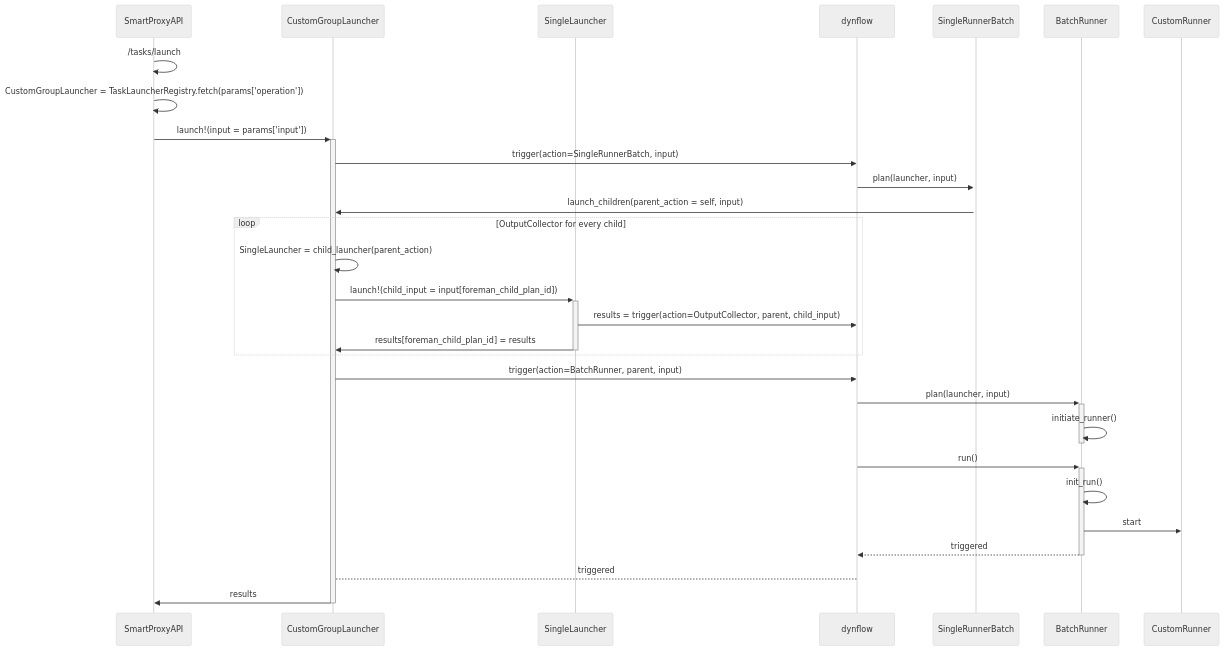
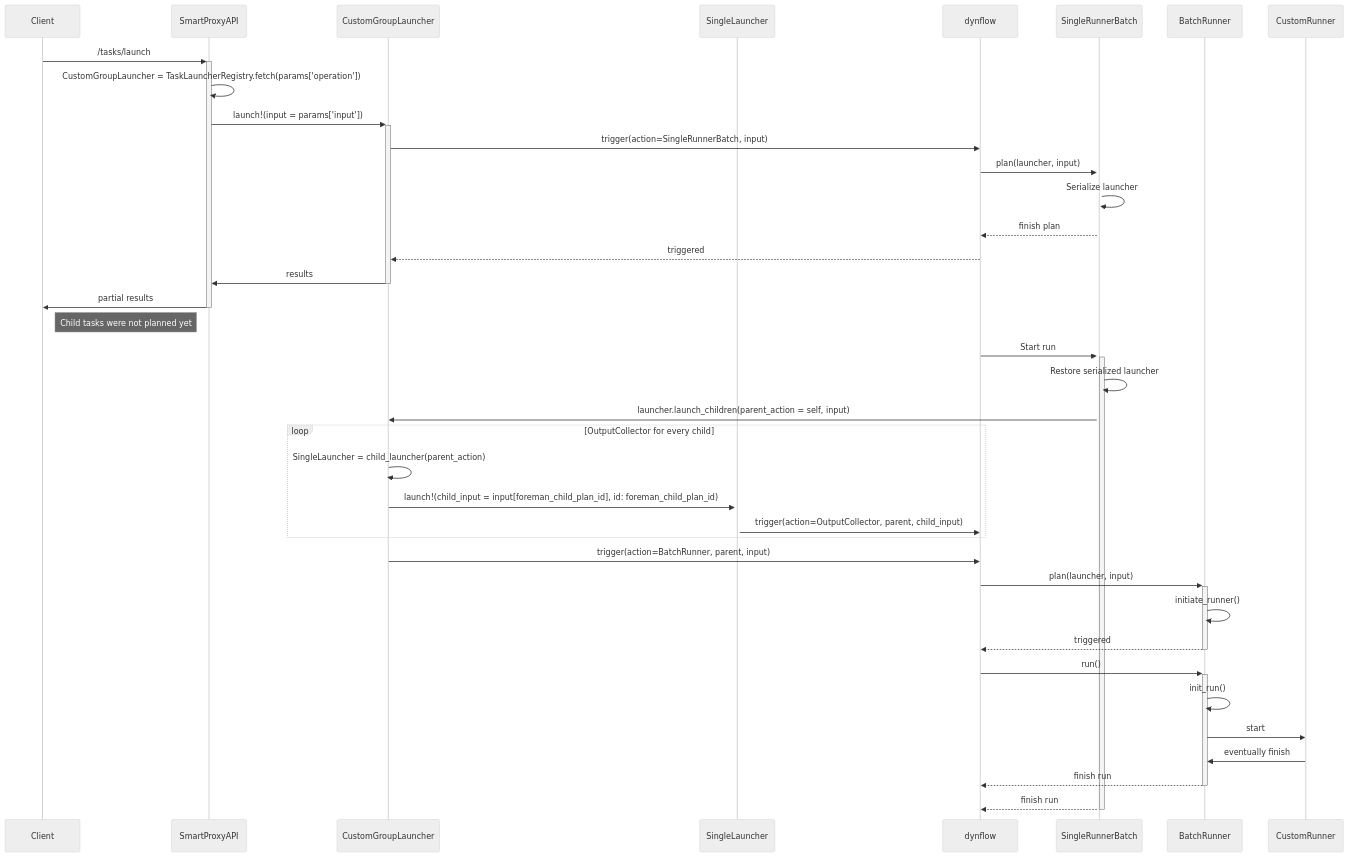
The diagram in developer_docs/architecture/diagrams/group_launching.mmd (theforeman/smart_proxy_dynflow), drawn with Mermaid (neutral theme) before and after one commit. The commit also changed 5 other files, not shown here.

Commit message:
Fixes #32961 - Update diagrams and docs for async triggering

```diff
--- a/developer_docs/architecture/diagrams/group_launching.mmd
+++ b/developer_docs/architecture/diagrams/group_launching.mmd
@@ -1,23 +1,34 @@
 sequenceDiagram
-    SmartProxyAPI->>SmartProxyAPI: /tasks/launch
+    Client->>+SmartProxyAPI: /tasks/launch
     SmartProxyAPI->>SmartProxyAPI: CustomGroupLauncher = TaskLauncherRegistry.fetch(params['operation'])
     SmartProxyAPI->>+CustomGroupLauncher: launch!(input = params['input'])
     participant SingleLauncher
     CustomGroupLauncher->>dynflow: trigger(action=SingleRunnerBatch, input)
     dynflow->>+SingleRunnerBatch: plan(launcher, input)
-    SingleRunnerBatch->>CustomGroupLauncher: launch_children(parent_action = self, input)
+    SingleRunnerBatch->>SingleRunnerBatch: Serialize launcher
+    SingleRunnerBatch-->>dynflow: finish plan
+
+    dynflow-->>CustomGroupLauncher: triggered
+    CustomGroupLauncher->>-SmartProxyAPI: results
+    SmartProxyAPI->>-Client: partial results
+    note right of Client: Child tasks were not planned yet
+
+    dynflow->>+SingleRunnerBatch: Start run
+    SingleRunnerBatch->>SingleRunnerBatch: Restore serialized launcher
+    SingleRunnerBatch->>CustomGroupLauncher: launcher.launch_children(parent_action = self, input)
     loop OutputCollector for every child
     CustomGroupLauncher->>CustomGroupLauncher: SingleLauncher = child_launcher(parent_action)
-    CustomGroupLauncher->>+SingleLauncher: launch!(child_input = input[foreman_child_plan_id])
-    SingleLauncher->>dynflow: results = trigger(action=OutputCollector, parent, child_input)
-    SingleLauncher->>-CustomGroupLauncher: results[foreman_child_plan_id] = results
+    CustomGroupLauncher->>+SingleLauncher: launch!(child_input = input[foreman_child_plan_id], id: foreman_child_plan_id)
+    SingleLauncher->>dynflow: trigger(action=OutputCollector, parent, child_input)
     end
     CustomGroupLauncher->>dynflow: trigger(action=BatchRunner, parent, input)
     dynflow->>+BatchRunner: plan(launcher, input)
-    BatchRunner->>-BatchRunner: initiate_runner()
+
+    BatchRunner->>BatchRunner: initiate_runner()
+    BatchRunner-->>-dynflow: triggered
     dynflow->>+BatchRunner: run()
     BatchRunner->>BatchRunner: init_run()
     BatchRunner->>CustomRunner: start
-    BatchRunner-->>-dynflow: triggered
-    dynflow-->CustomGroupLauncher: triggered
-    CustomGroupLauncher->>-SmartProxyAPI: results
+    CustomRunner->>BatchRunner: eventually finish
+    BatchRunner-->>-dynflow: finish run
+    SingleRunnerBatch-->>-dynflow: finish run
```
